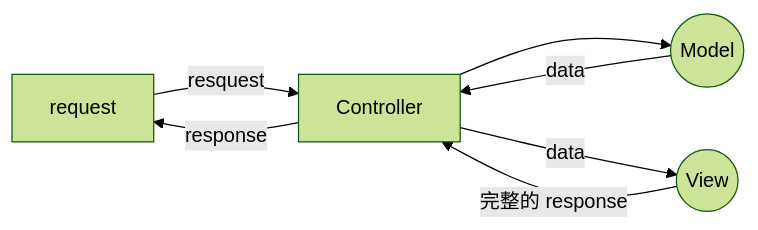
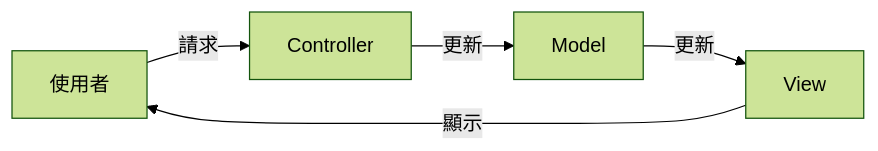
Before and after one commit to hati8haha/portfolio: the diagram in _posts/MVC.md, drawn with Mermaid (forest theme). The commit also changed other lines of this file and 43 other files, not shown here.

````diff
--- a/_posts/MVC.md
+++ b/_posts/MVC.md
@@ -21,9 +17,7 @@
 ```mermaid
 graph LR
-A[request] -- resquest --> B[Controller]
-B --> C((Model)) 
-B -- data --> D((View))
-C -- data --> B
-D -- 完整的 response --> B
-B -- response -->A
+    A[使用者] -- 請求 --> B[Controller]
+    B -- 更新 --> C[Model]
+    C -- 更新 --> D[View]
+    D -- 顯示 --> A
 ```
````
